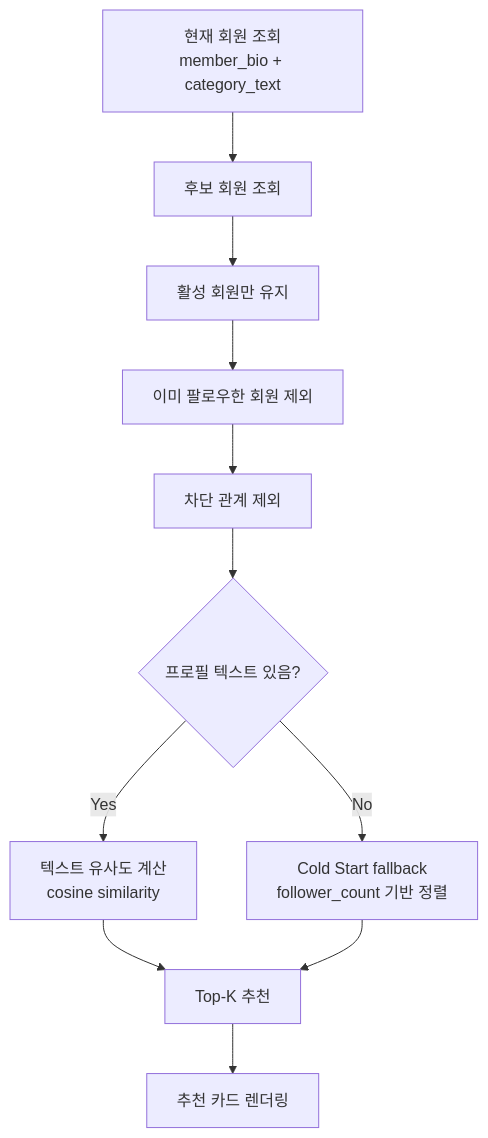
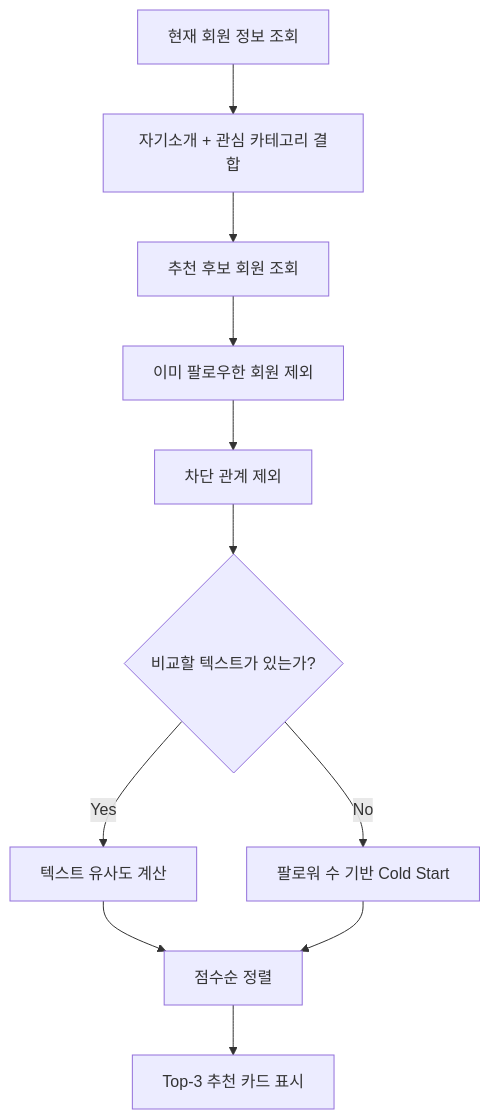
The third of 8 diagrams in README.md (tomatosugarpickled/announcement-_ai), drawn with Mermaid before and after one commit. The commit also changed other lines of this file and 6 other files, not shown here.

````diff
--- a/README.md
+++ b/README.md
@@ -181,13 +206,13 @@
 ```mermaid
 flowchart TD
-    A["현재 회원 조회<br/>member_bio + category_text"] --> B["후보 회원 조회"]
-    B --> C["활성 회원만 유지"]
+    A["현재 회원 정보 조회"] --> B["자기소개 + 관심 카테고리 결합"]
+    B --> C["추천 후보 회원 조회"]
     C --> D["이미 팔로우한 회원 제외"]
     D --> E["차단 관계 제외"]
-    E --> F{"프로필 텍스트 있음?"}
-    F -- Yes --> G["텍스트 유사도 계산<br/>cosine similarity"]
-    F -- No --> H["Cold Start fallback<br/>follower_count 기반 정렬"]
-    G --> I["Top-K 추천"]
+    E --> F{"비교할 텍스트가 있는가?"}
+    F -- Yes --> G["텍스트 유사도 계산"]
+    F -- No --> H["팔로워 수 기반 Cold Start"]
+    G --> I["점수순 정렬"]
     H --> I
-    I --> J["추천 카드 렌더링"]
+    I --> J["Top-3 추천 카드 표시"]
 ```
````
